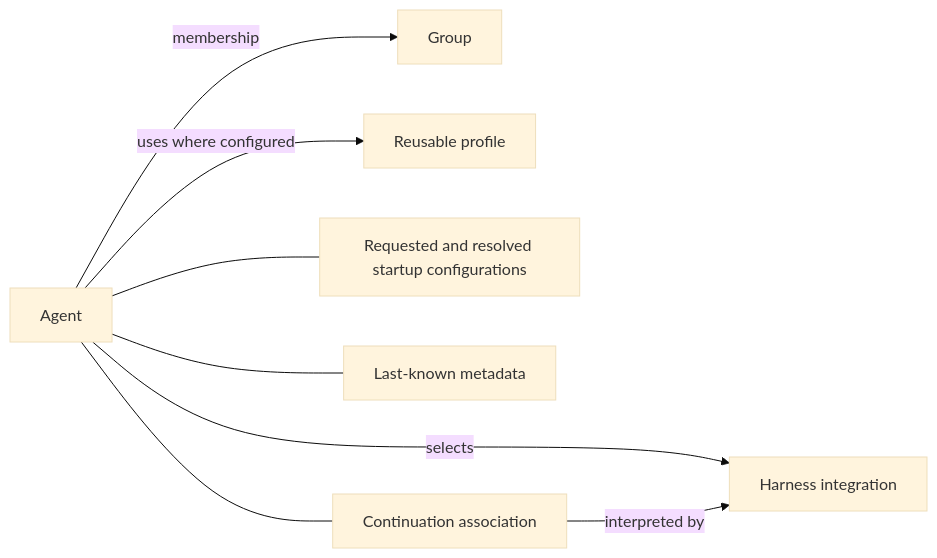
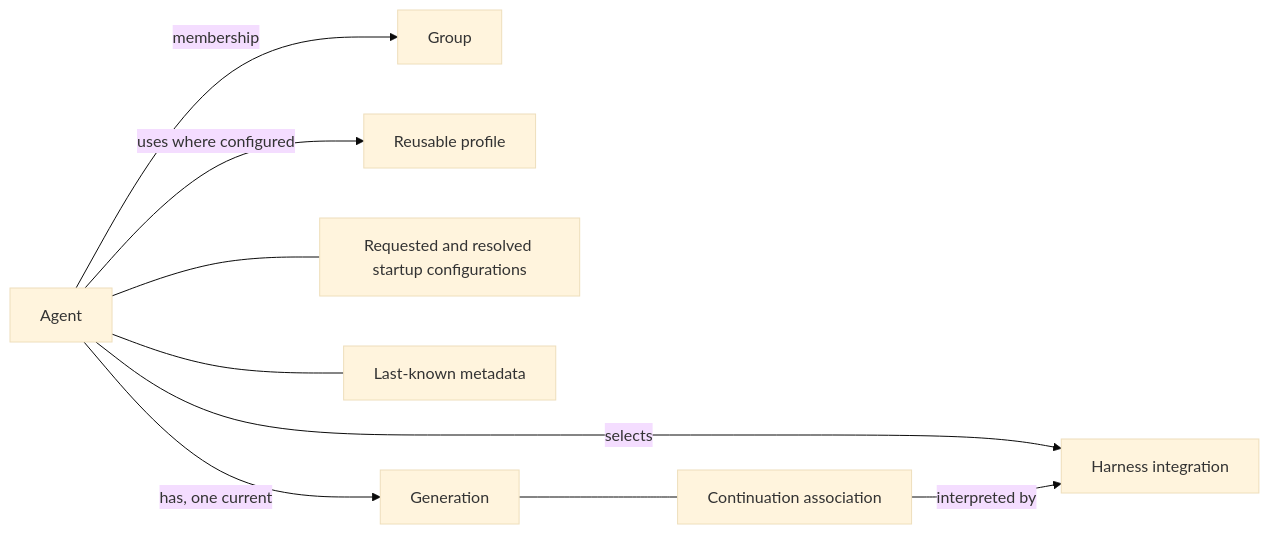
One commit to tofutools/tclaude changed the diagram in docs/v2-plan-and-ideas/technical-principles.md. Above: the diagram before and after it, drawn with Mermaid (base theme). The commit also changed other lines of this file and 5 other files, not shown here.

````diff
--- a/docs/v2-plan-and-ideas/technical-principles.md
+++ b/docs/v2-plan-and-ideas/technical-principles.md
@@ -50,10 +50,11 @@
 ```mermaid
 flowchart LR
     Agent[Agent] -->|membership| Group[Group]
     Agent -->|selects| Harness[Harness integration]
     Agent -->|uses where configured| Profile[Reusable profile]
     Agent --- Config[Requested and resolved startup configurations]
     Agent --- Metadata[Last-known metadata]
-    Agent --- Association[Continuation association]
+    Agent -->|has, one current| Generation[Generation]
+    Generation --- Association[Continuation association]
     Association -->|interpreted by| Harness
 ```
````
